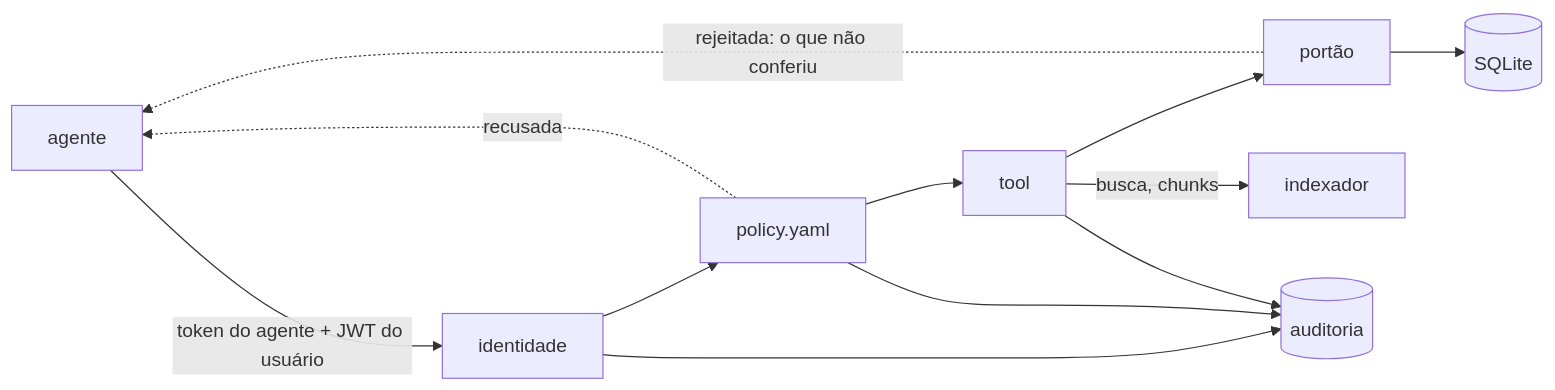
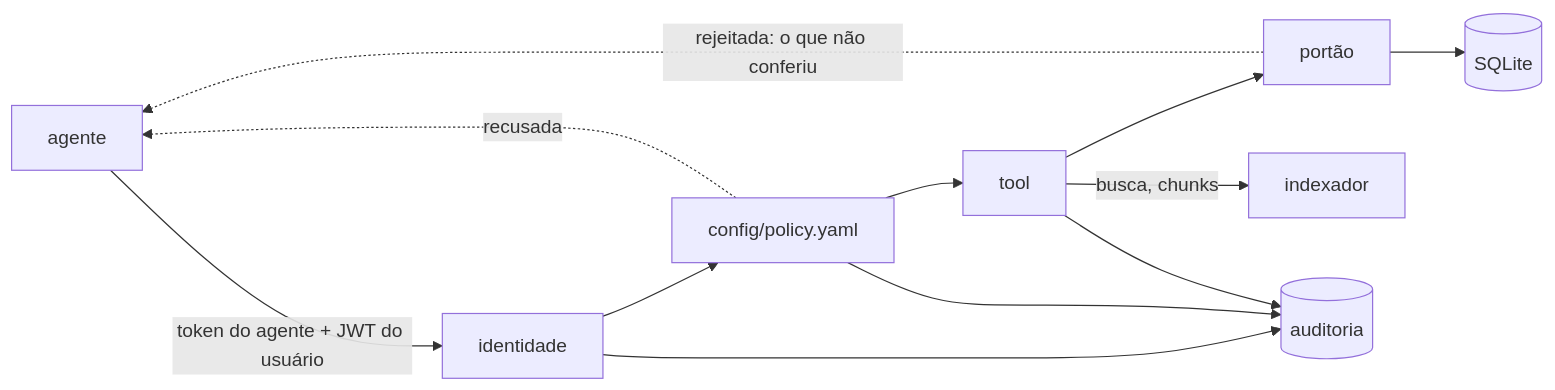
Before and after one commit to proscholdt/MultAgent_AnaliseDocumental: the diagram in mcp-server/README.md, drawn with Mermaid. The commit also changed other lines of this file and 44 other files, not shown here.

First line of the commit message:
Configuração em config/ajustes.yaml em todos os sistemas; .env só com segredos

````diff
--- a/mcp-server/README.md
+++ b/mcp-server/README.md
@@ -7,9 +7,9 @@
 ```mermaid
 flowchart LR
     AG[agente] -->|token do agente + JWT do usuário| ID[identidade]
-    ID --> PO[policy.yaml] --> T[tool] --> PT[portão] --> DB[(SQLite)]
+    ID --> PO[config/policy.yaml] --> T[tool] --> PT[portão] --> DB[(SQLite)]
     T -->|busca, chunks| IDX[indexador]
     PO -. recusada .-> AG
     PT -. rejeitada: o que não conferiu .-> AG
     ID & PO & T --> AU[(auditoria)]
 ```
````
